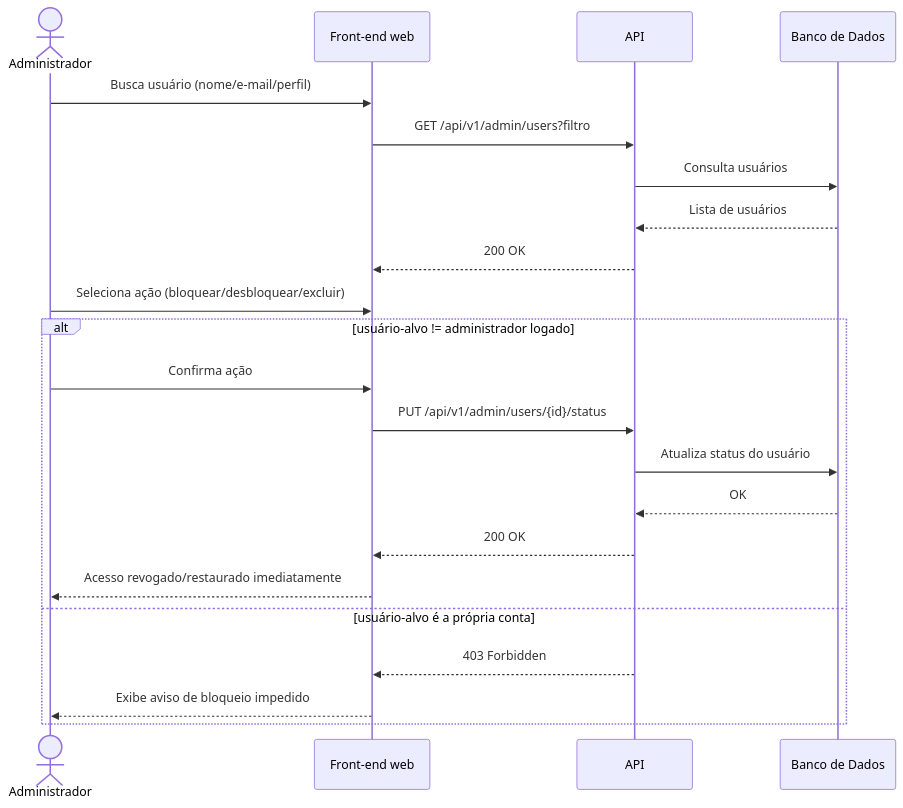
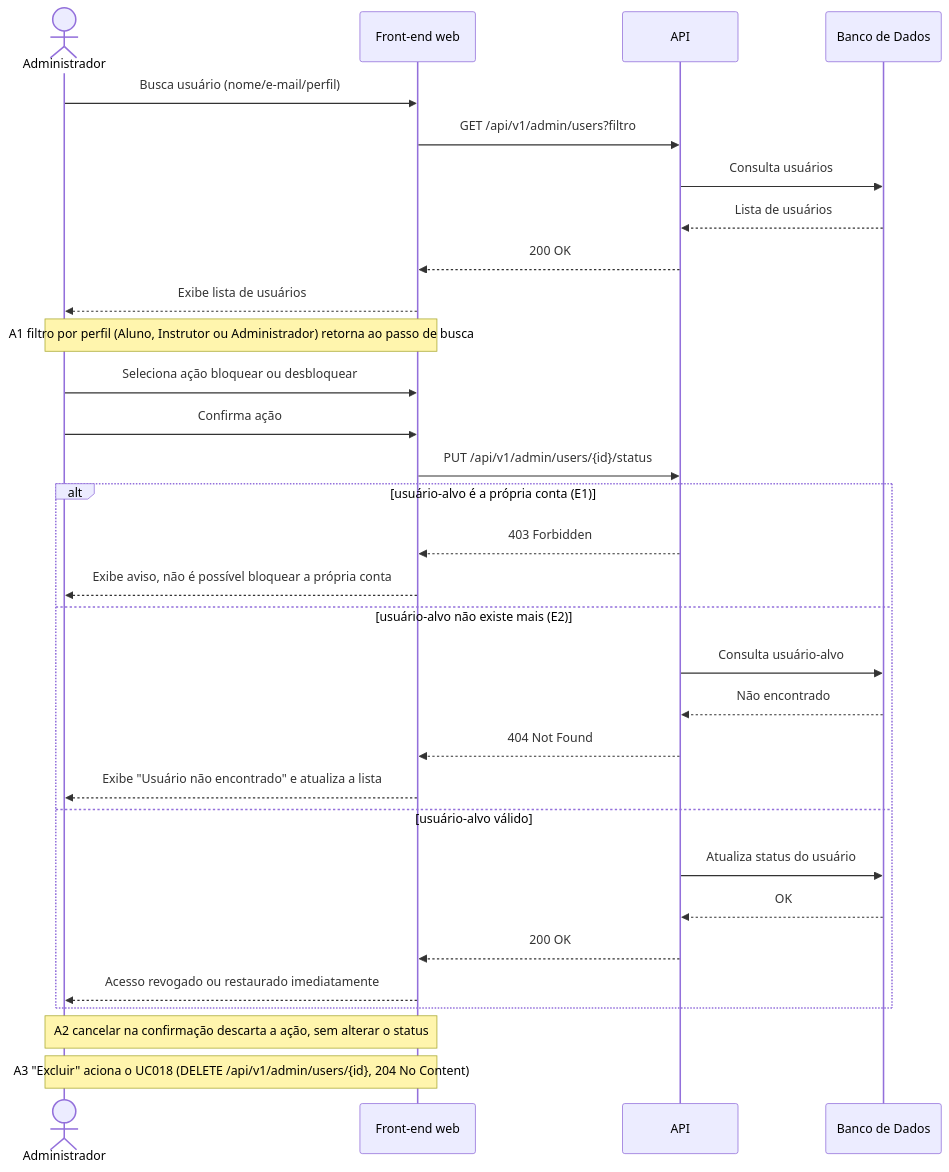
The diagram in docs/ssd/UC008-gerenciar-usuarios.md (Plataforma-de-Cursos-TCC/plataforma-cursos-docs), drawn with Mermaid before and after one commit. The commit also changed other lines of this file and 17 other files, not shown here.

````diff
--- a/docs/ssd/UC008-gerenciar-usuarios.md
+++ b/docs/ssd/UC008-gerenciar-usuarios.md
@@ -5,25 +5,34 @@
 ```mermaid
 sequenceDiagram
     actor Administrador
     participant FE as Front-end web
     participant API
     participant DB as Banco de Dados
 
     Administrador->>FE: Busca usuário (nome/e-mail/perfil)
     FE->>API: GET /api/v1/admin/users?filtro
     API->>DB: Consulta usuários
     DB-->>API: Lista de usuários
     API-->>FE: 200 OK
-    Administrador->>FE: Seleciona ação (bloquear/desbloquear/excluir)
-    alt usuário-alvo != administrador logado
-        Administrador->>FE: Confirma ação
-        FE->>API: PUT /api/v1/admin/users/{id}/status
+    FE-->>Administrador: Exibe lista de usuários
+    Note over Administrador,FE: A1 filtro por perfil (Aluno, Instrutor ou Administrador) retorna ao passo de busca
+    Administrador->>FE: Seleciona ação bloquear ou desbloquear
+    Administrador->>FE: Confirma ação
+    FE->>API: PUT /api/v1/admin/users/{id}/status
+    alt usuário-alvo é a própria conta (E1)
+        API-->>FE: 403 Forbidden
+        FE-->>Administrador: Exibe aviso, não é possível bloquear a própria conta
+    else usuário-alvo não existe mais (E2)
+        API->>DB: Consulta usuário-alvo
+        DB-->>API: Não encontrado
+        API-->>FE: 404 Not Found
+        FE-->>Administrador: Exibe "Usuário não encontrado" e atualiza a lista
+    else usuário-alvo válido
         API->>DB: Atualiza status do usuário
         DB-->>API: OK
         API-->>FE: 200 OK
-        FE-->>Administrador: Acesso revogado/restaurado imediatamente
-    else usuário-alvo é a própria conta
-        API-->>FE: 403 Forbidden
-        FE-->>Administrador: Exibe aviso de bloqueio impedido
+        FE-->>Administrador: Acesso revogado ou restaurado imediatamente
     end
+    Note over Administrador,FE: A2 cancelar na confirmação descarta a ação, sem alterar o status
+    Note over Administrador,FE: A3 "Excluir" aciona o UC018 (DELETE /api/v1/admin/users/{id}, 204 No Content)
 ```
````
